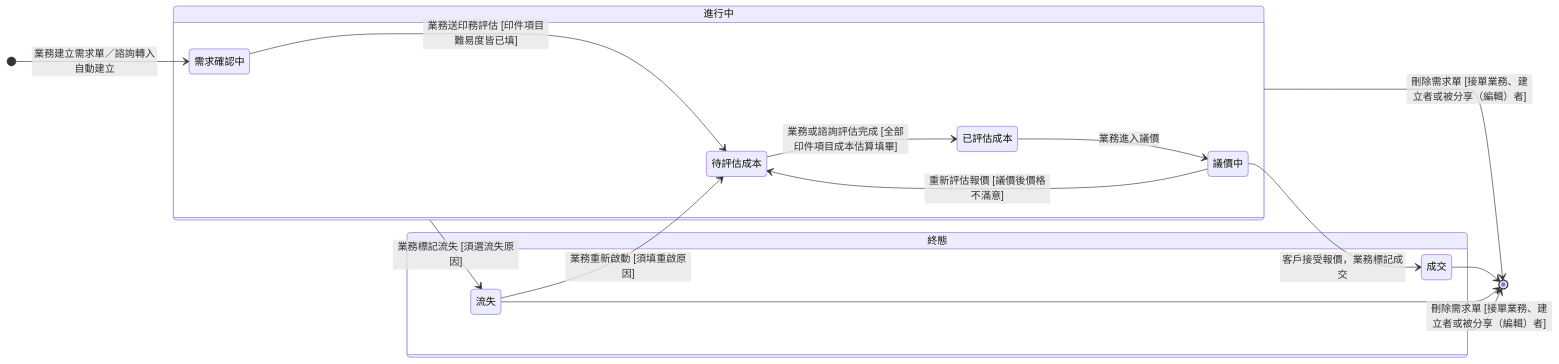
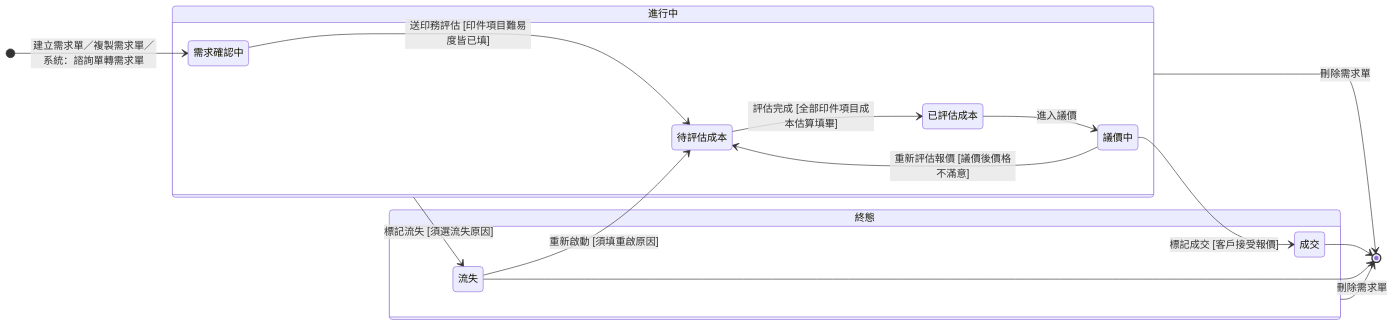
The diagram in memory/Sens_wiki/wiki/erp/06-state-machines/需求單狀態.md (Kawato-Miles/erp-spec), drawn with Mermaid before and after one commit. The commit also changed other lines of this file and 30 other files, not shown here.

````diff
--- a/memory/Sens_wiki/wiki/erp/06-state-machines/需求單狀態.md
+++ b/memory/Sens_wiki/wiki/erp/06-state-machines/需求單狀態.md
@@ -44,32 +44,32 @@
 ```mermaid
 stateDiagram-v2
     direction LR
 
-    [*] --> s_confirm : 業務建立需求單／諮詢轉入自動建立
+    [*] --> s_confirm : 建立需求單／複製需求單／系統：諮詢單轉需求單
 
     state "進行中" as InProgress {
         direction LR
         state "需求確認中" as s_confirm
         state "待評估成本" as s_wait
         state "已評估成本" as s_est
         state "議價中" as s_nego
-        s_confirm --> s_wait : 業務送印務評估 [印件項目難易度皆已填]
-        s_wait --> s_est : 業務或諮詢評估完成 [全部印件項目成本估算填畢]
-        s_est --> s_nego : 業務進入議價
+        s_confirm --> s_wait : 送印務評估 [印件項目難易度皆已填]
+        s_wait --> s_est : 評估完成 [全部印件項目成本估算填畢]
+        s_est --> s_nego : 進入議價
         s_nego --> s_wait : 重新評估報價 [議價後價格不滿意]
     }
 
     state "終態" as Final {
         state "成交" as s_won
         state "流失" as s_lost
     }
 
-    s_nego --> s_won : 客戶接受報價，業務標記成交
-    InProgress --> s_lost : 業務標記流失 [須選流失原因]
-    s_lost --> s_wait : 業務重新啟動 [須填重啟原因]
+    s_nego --> s_won : 標記成交 [客戶接受報價]
+    InProgress --> s_lost : 標記流失 [須選流失原因]
+    s_lost --> s_wait : 重新啟動 [須填重啟原因]
 
     s_won --> [*]
     s_lost --> [*]
-    InProgress --> [*] : 刪除需求單 [接單業務、建立者或被分享（編輯）者]
-    Final --> [*] : 刪除需求單 [接單業務、建立者或被分享（編輯）者]
+    InProgress --> [*] : 刪除需求單
+    Final --> [*] : 刪除需求單
 ```
````
